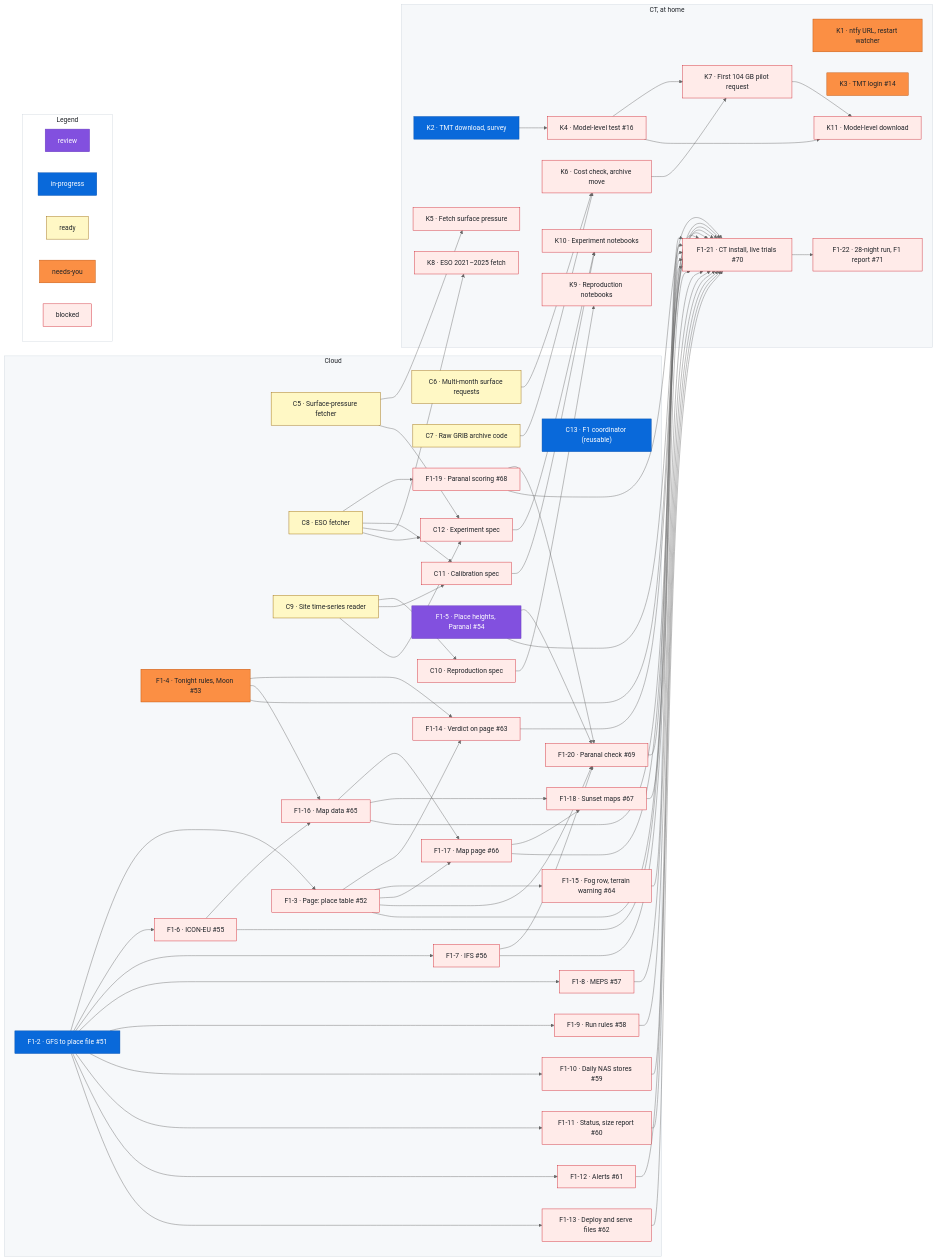
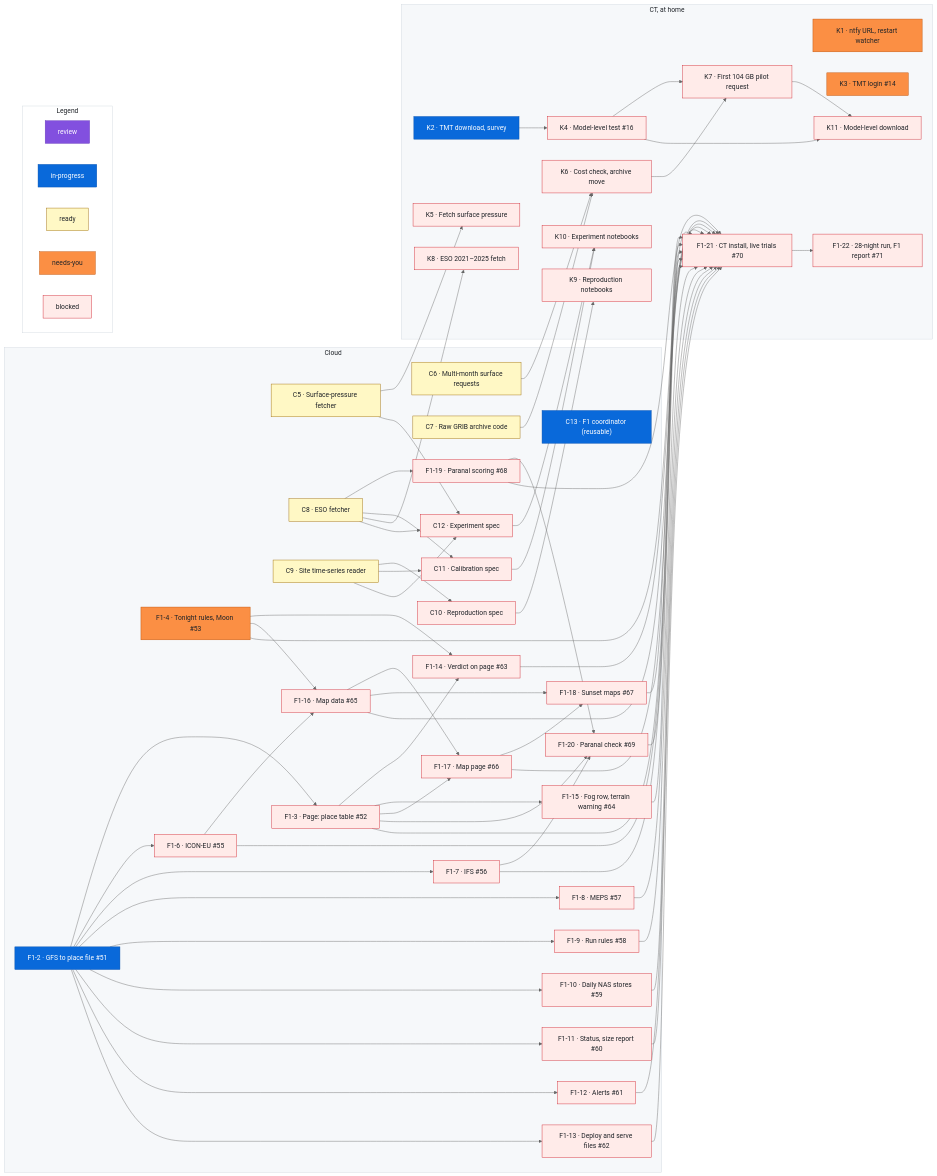
The diagram in docs/roadmap.md (rrweller/Astro-seeing), drawn with Mermaid (neutral theme) before and after one commit. The commit also changed other lines of this file, not shown here.

Commit message:
roadmap: remove F1-5 (#77 merged)

```diff
--- a/docs/roadmap.md
+++ b/docs/roadmap.md
@@ -119,7 +117,6 @@
     F1_2["F1-2 · GFS to place file #51"]
     F1_3["F1-3 · Page: place table #52"]
     F1_4["F1-4 · Tonight rules, Moon #53"]
-    F1_5["F1-5 · Place heights, Paranal #54"]
     F1_6["F1-6 · ICON-EU #55"]
     F1_7["F1-7 · IFS #56"]
     F1_8["F1-8 · MEPS #57"]
@@ -171,12 +168,10 @@
   F1_17 --> F1_18
   C8 --> F1_19
   F1_3 --> F1_20
-  F1_5 --> F1_20
   F1_7 --> F1_20
   F1_19 --> F1_20
   F1_3 --> F1_21
   F1_4 --> F1_21
-  F1_5 --> F1_21
   F1_6 --> F1_21
   F1_7 --> F1_21
   F1_8 --> F1_21
@@ -250,8 +245,6 @@
   %% ---
   class F1_4 needsyou
   %% ---
-  class F1_5 review
-  %% ---
   class F1_6 blocked
   %% ---
   class F1_7 blocked
```
